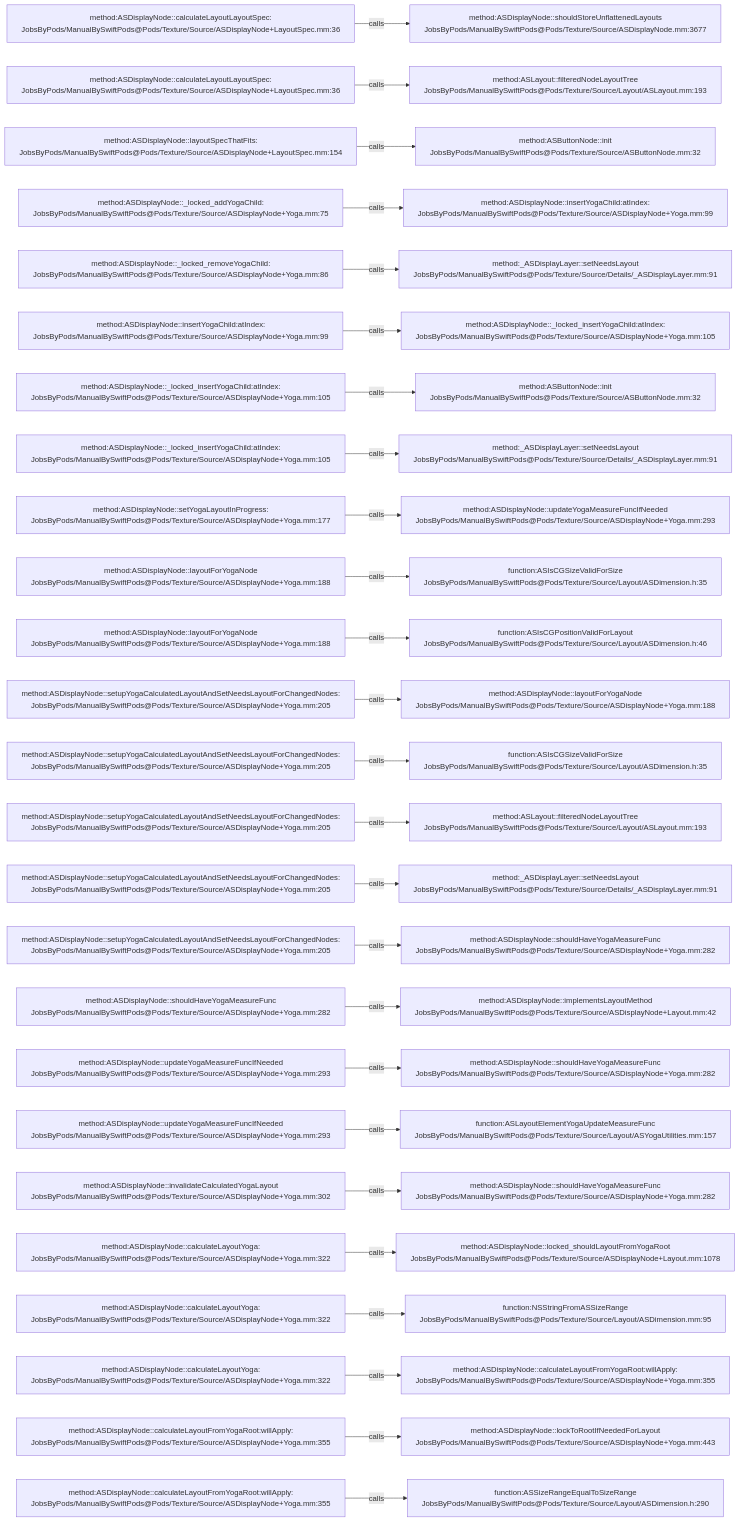
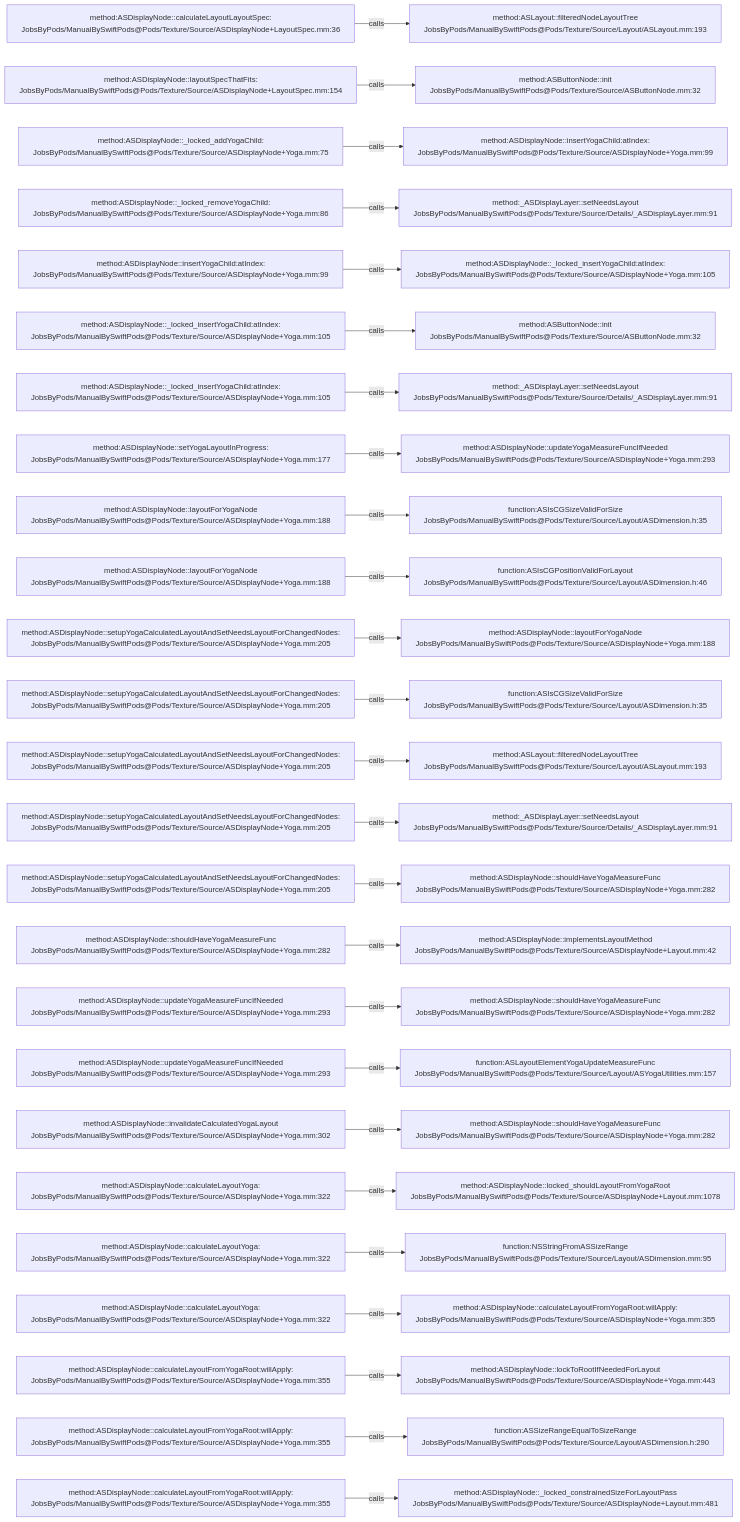
One commit to JobsKits/JobsSwiftBaseConfigDemo changed the diagram in .codegraph/codegraph.md/graphs/calls-025.md. Above: the diagram before and after it, drawn with Mermaid. The commit also changed 747 other files, not shown here.

````diff
--- a/.codegraph/codegraph.md/graphs/calls-025.md
+++ b/.codegraph/codegraph.md/graphs/calls-025.md
@@ -13,78 +13,78 @@
 ```mermaid
 flowchart LR
   S1["method:ASDisplayNode::calculateLayoutLayoutSpec:<br/>JobsByPods/ManualBySwiftPods@Pods/Texture/Source/ASDisplayNode+LayoutSpec.mm:36"]
-  T1["method:ASDisplayNode::shouldStoreUnflattenedLayouts<br/>JobsByPods/ManualBySwiftPods@Pods/Texture/Source/ASDisplayNode.mm:3677"]
+  T1["method:ASLayout::filteredNodeLayoutTree<br/>JobsByPods/ManualBySwiftPods@Pods/Texture/Source/Layout/ASLayout.mm:193"]
   S1 -->|calls| T1
-  S2["method:ASDisplayNode::calculateLayoutLayoutSpec:<br/>JobsByPods/ManualBySwiftPods@Pods/Texture/Source/ASDisplayNode+LayoutSpec.mm:36"]
-  T2["method:ASLayout::filteredNodeLayoutTree<br/>JobsByPods/ManualBySwiftPods@Pods/Texture/Source/Layout/ASLayout.mm:193"]
+  S2["method:ASDisplayNode::layoutSpecThatFits:<br/>JobsByPods/ManualBySwiftPods@Pods/Texture/Source/ASDisplayNode+LayoutSpec.mm:154"]
+  T2["method:ASButtonNode::init<br/>JobsByPods/ManualBySwiftPods@Pods/Texture/Source/ASButtonNode.mm:32"]
   S2 -->|calls| T2
-  S3["method:ASDisplayNode::layoutSpecThatFits:<br/>JobsByPods/ManualBySwiftPods@Pods/Texture/Source/ASDisplayNode+LayoutSpec.mm:154"]
-  T3["method:ASButtonNode::init<br/>JobsByPods/ManualBySwiftPods@Pods/Texture/Source/ASButtonNode.mm:32"]
+  S3["method:ASDisplayNode::_locked_addYogaChild:<br/>JobsByPods/ManualBySwiftPods@Pods/Texture/Source/ASDisplayNode+Yoga.mm:75"]
+  T3["method:ASDisplayNode::insertYogaChild:atIndex:<br/>JobsByPods/ManualBySwiftPods@Pods/Texture/Source/ASDisplayNode+Yoga.mm:99"]
   S3 -->|calls| T3
-  S4["method:ASDisplayNode::_locked_addYogaChild:<br/>JobsByPods/ManualBySwiftPods@Pods/Texture/Source/ASDisplayNode+Yoga.mm:75"]
-  T4["method:ASDisplayNode::insertYogaChild:atIndex:<br/>JobsByPods/ManualBySwiftPods@Pods/Texture/Source/ASDisplayNode+Yoga.mm:99"]
+  S4["method:ASDisplayNode::_locked_removeYogaChild:<br/>JobsByPods/ManualBySwiftPods@Pods/Texture/Source/ASDisplayNode+Yoga.mm:86"]
+  T4["method:_ASDisplayLayer::setNeedsLayout<br/>JobsByPods/ManualBySwiftPods@Pods/Texture/Source/Details/_ASDisplayLayer.mm:91"]
   S4 -->|calls| T4
-  S5["method:ASDisplayNode::_locked_removeYogaChild:<br/>JobsByPods/ManualBySwiftPods@Pods/Texture/Source/ASDisplayNode+Yoga.mm:86"]
-  T5["method:_ASDisplayLayer::setNeedsLayout<br/>JobsByPods/ManualBySwiftPods@Pods/Texture/Source/Details/_ASDisplayLayer.mm:91"]
+  S5["method:ASDisplayNode::insertYogaChild:atIndex:<br/>JobsByPods/ManualBySwiftPods@Pods/Texture/Source/ASDisplayNode+Yoga.mm:99"]
+  T5["method:ASDisplayNode::_locked_insertYogaChild:atIndex:<br/>JobsByPods/ManualBySwiftPods@Pods/Texture/Source/ASDisplayNode+Yoga.mm:105"]
   S5 -->|calls| T5
-  S6["method:ASDisplayNode::insertYogaChild:atIndex:<br/>JobsByPods/ManualBySwiftPods@Pods/Texture/Source/ASDisplayNode+Yoga.mm:99"]
-  T6["method:ASDisplayNode::_locked_insertYogaChild:atIndex:<br/>JobsByPods/ManualBySwiftPods@Pods/Texture/Source/ASDisplayNode+Yoga.mm:105"]
+  S6["method:ASDisplayNode::_locked_insertYogaChild:atIndex:<br/>JobsByPods/ManualBySwiftPods@Pods/Texture/Source/ASDisplayNode+Yoga.mm:105"]
+  T6["method:ASButtonNode::init<br/>JobsByPods/ManualBySwiftPods@Pods/Texture/Source/ASButtonNode.mm:32"]
   S6 -->|calls| T6
   S7["method:ASDisplayNode::_locked_insertYogaChild:atIndex:<br/>JobsByPods/ManualBySwiftPods@Pods/Texture/Source/ASDisplayNode+Yoga.mm:105"]
-  T7["method:ASButtonNode::init<br/>JobsByPods/ManualBySwiftPods@Pods/Texture/Source/ASButtonNode.mm:32"]
+  T7["method:_ASDisplayLayer::setNeedsLayout<br/>JobsByPods/ManualBySwiftPods@Pods/Texture/Source/Details/_ASDisplayLayer.mm:91"]
   S7 -->|calls| T7
-  S8["method:ASDisplayNode::_locked_insertYogaChild:atIndex:<br/>JobsByPods/ManualBySwiftPods@Pods/Texture/Source/ASDisplayNode+Yoga.mm:105"]
-  T8["method:_ASDisplayLayer::setNeedsLayout<br/>JobsByPods/ManualBySwiftPods@Pods/Texture/Source/Details/_ASDisplayLayer.mm:91"]
+  S8["method:ASDisplayNode::setYogaLayoutInProgress:<br/>JobsByPods/ManualBySwiftPods@Pods/Texture/Source/ASDisplayNode+Yoga.mm:177"]
+  T8["method:ASDisplayNode::updateYogaMeasureFuncIfNeeded<br/>JobsByPods/ManualBySwiftPods@Pods/Texture/Source/ASDisplayNode+Yoga.mm:293"]
   S8 -->|calls| T8
-  S9["method:ASDisplayNode::setYogaLayoutInProgress:<br/>JobsByPods/ManualBySwiftPods@Pods/Texture/Source/ASDisplayNode+Yoga.mm:177"]
-  T9["method:ASDisplayNode::updateYogaMeasureFuncIfNeeded<br/>JobsByPods/ManualBySwiftPods@Pods/Texture/Source/ASDisplayNode+Yoga.mm:293"]
+  S9["method:ASDisplayNode::layoutForYogaNode<br/>JobsByPods/ManualBySwiftPods@Pods/Texture/Source/ASDisplayNode+Yoga.mm:188"]
+  T9["function:ASIsCGSizeValidForSize<br/>JobsByPods/ManualBySwiftPods@Pods/Texture/Source/Layout/ASDimension.h:35"]
   S9 -->|calls| T9
   S10["method:ASDisplayNode::layoutForYogaNode<br/>JobsByPods/ManualBySwiftPods@Pods/Texture/Source/ASDisplayNode+Yoga.mm:188"]
-  T10["function:ASIsCGSizeValidForSize<br/>JobsByPods/ManualBySwiftPods@Pods/Texture/Source/Layout/ASDimension.h:35"]
+  T10["function:ASIsCGPositionValidForLayout<br/>JobsByPods/ManualBySwiftPods@Pods/Texture/Source/Layout/ASDimension.h:46"]
   S10 -->|calls| T10
-  S11["method:ASDisplayNode::layoutForYogaNode<br/>JobsByPods/ManualBySwiftPods@Pods/Texture/Source/ASDisplayNode+Yoga.mm:188"]
-  T11["function:ASIsCGPositionValidForLayout<br/>JobsByPods/ManualBySwiftPods@Pods/Texture/Source/Layout/ASDimension.h:46"]
+  S11["method:ASDisplayNode::setupYogaCalculatedLayoutAndSetNeedsLayoutForChangedNodes:<br/>JobsByPods/ManualBySwiftPods@Pods/Texture/Source/ASDisplayNode+Yoga.mm:205"]
+  T11["method:ASDisplayNode::layoutForYogaNode<br/>JobsByPods/ManualBySwiftPods@Pods/Texture/Source/ASDisplayNode+Yoga.mm:188"]
   S11 -->|calls| T11
   S12["method:ASDisplayNode::setupYogaCalculatedLayoutAndSetNeedsLayoutForChangedNodes:<br/>JobsByPods/ManualBySwiftPods@Pods/Texture/Source/ASDisplayNode+Yoga.mm:205"]
-  T12["method:ASDisplayNode::layoutForYogaNode<br/>JobsByPods/ManualBySwiftPods@Pods/Texture/Source/ASDisplayNode+Yoga.mm:188"]
+  T12["function:ASIsCGSizeValidForSize<br/>JobsByPods/ManualBySwiftPods@Pods/Texture/Source/Layout/ASDimension.h:35"]
   S12 -->|calls| T12
   S13["method:ASDisplayNode::setupYogaCalculatedLayoutAndSetNeedsLayoutForChangedNodes:<br/>JobsByPods/ManualBySwiftPods@Pods/Texture/Source/ASDisplayNode+Yoga.mm:205"]
-  T13["function:ASIsCGSizeValidForSize<br/>JobsByPods/ManualBySwiftPods@Pods/Texture/Source/Layout/ASDimension.h:35"]
+  T13["method:ASLayout::filteredNodeLayoutTree<br/>JobsByPods/ManualBySwiftPods@Pods/Texture/Source/Layout/ASLayout.mm:193"]
   S13 -->|calls| T13
   S14["method:ASDisplayNode::setupYogaCalculatedLayoutAndSetNeedsLayoutForChangedNodes:<br/>JobsByPods/ManualBySwiftPods@Pods/Texture/Source/ASDisplayNode+Yoga.mm:205"]
-  T14["method:ASLayout::filteredNodeLayoutTree<br/>JobsByPods/ManualBySwiftPods@Pods/Texture/Source/Layout/ASLayout.mm:193"]
+  T14["method:_ASDisplayLayer::setNeedsLayout<br/>JobsByPods/ManualBySwiftPods@Pods/Texture/Source/Details/_ASDisplayLayer.mm:91"]
   S14 -->|calls| T14
   S15["method:ASDisplayNode::setupYogaCalculatedLayoutAndSetNeedsLayoutForChangedNodes:<br/>JobsByPods/ManualBySwiftPods@Pods/Texture/Source/ASDisplayNode+Yoga.mm:205"]
-  T15["method:_ASDisplayLayer::setNeedsLayout<br/>JobsByPods/ManualBySwiftPods@Pods/Texture/Source/Details/_ASDisplayLayer.mm:91"]
+  T15["method:ASDisplayNode::shouldHaveYogaMeasureFunc<br/>JobsByPods/ManualBySwiftPods@Pods/Texture/Source/ASDisplayNode+Yoga.mm:282"]
   S15 -->|calls| T15
-  S16["method:ASDisplayNode::setupYogaCalculatedLayoutAndSetNeedsLayoutForChangedNodes:<br/>JobsByPods/ManualBySwiftPods@Pods/Texture/Source/ASDisplayNode+Yoga.mm:205"]
-  T16["method:ASDisplayNode::shouldHaveYogaMeasureFunc<br/>JobsByPods/ManualBySwiftPods@Pods/Texture/Source/ASDisplayNode+Yoga.mm:282"]
+  S16["method:ASDisplayNode::shouldHaveYogaMeasureFunc<br/>JobsByPods/ManualBySwiftPods@Pods/Texture/Source/ASDisplayNode+Yoga.mm:282"]
+  T16["method:ASDisplayNode::implementsLayoutMethod<br/>JobsByPods/ManualBySwiftPods@Pods/Texture/Source/ASDisplayNode+Layout.mm:42"]
   S16 -->|calls| T16
-  S17["method:ASDisplayNode::shouldHaveYogaMeasureFunc<br/>JobsByPods/ManualBySwiftPods@Pods/Texture/Source/ASDisplayNode+Yoga.mm:282"]
-  T17["method:ASDisplayNode::implementsLayoutMethod<br/>JobsByPods/ManualBySwiftPods@Pods/Texture/Source/ASDisplayNode+Layout.mm:42"]
+  S17["method:ASDisplayNode::updateYogaMeasureFuncIfNeeded<br/>JobsByPods/ManualBySwiftPods@Pods/Texture/Source/ASDisplayNode+Yoga.mm:293"]
+  T17["method:ASDisplayNode::shouldHaveYogaMeasureFunc<br/>JobsByPods/ManualBySwiftPods@Pods/Texture/Source/ASDisplayNode+Yoga.mm:282"]
   S17 -->|calls| T17
   S18["method:ASDisplayNode::updateYogaMeasureFuncIfNeeded<br/>JobsByPods/ManualBySwiftPods@Pods/Texture/Source/ASDisplayNode+Yoga.mm:293"]
-  T18["method:ASDisplayNode::shouldHaveYogaMeasureFunc<br/>JobsByPods/ManualBySwiftPods@Pods/Texture/Source/ASDisplayNode+Yoga.mm:282"]
+  T18["function:ASLayoutElementYogaUpdateMeasureFunc<br/>JobsByPods/ManualBySwiftPods@Pods/Texture/Source/Layout/ASYogaUtilities.mm:157"]
   S18 -->|calls| T18
-  S19["method:ASDisplayNode::updateYogaMeasureFuncIfNeeded<br/>JobsByPods/ManualBySwiftPods@Pods/Texture/Source/ASDisplayNode+Yoga.mm:293"]
-  T19["function:ASLayoutElementYogaUpdateMeasureFunc<br/>JobsByPods/ManualBySwiftPods@Pods/Texture/Source/Layout/ASYogaUtilities.mm:157"]
+  S19["method:ASDisplayNode::invalidateCalculatedYogaLayout<br/>JobsByPods/ManualBySwiftPods@Pods/Texture/Source/ASDisplayNode+Yoga.mm:302"]
+  T19["method:ASDisplayNode::shouldHaveYogaMeasureFunc<br/>JobsByPods/ManualBySwiftPods@Pods/Texture/Source/ASDisplayNode+Yoga.mm:282"]
   S19 -->|calls| T19
-  S20["method:ASDisplayNode::invalidateCalculatedYogaLayout<br/>JobsByPods/ManualBySwiftPods@Pods/Texture/Source/ASDisplayNode+Yoga.mm:302"]
-  T20["method:ASDisplayNode::shouldHaveYogaMeasureFunc<br/>JobsByPods/ManualBySwiftPods@Pods/Texture/Source/ASDisplayNode+Yoga.mm:282"]
+  S20["method:ASDisplayNode::calculateLayoutYoga:<br/>JobsByPods/ManualBySwiftPods@Pods/Texture/Source/ASDisplayNode+Yoga.mm:322"]
+  T20["method:ASDisplayNode::locked_shouldLayoutFromYogaRoot<br/>JobsByPods/ManualBySwiftPods@Pods/Texture/Source/ASDisplayNode+Layout.mm:1078"]
   S20 -->|calls| T20
   S21["method:ASDisplayNode::calculateLayoutYoga:<br/>JobsByPods/ManualBySwiftPods@Pods/Texture/Source/ASDisplayNode+Yoga.mm:322"]
-  T21["method:ASDisplayNode::locked_shouldLayoutFromYogaRoot<br/>JobsByPods/ManualBySwiftPods@Pods/Texture/Source/ASDisplayNode+Layout.mm:1078"]
+  T21["function:NSStringFromASSizeRange<br/>JobsByPods/ManualBySwiftPods@Pods/Texture/Source/Layout/ASDimension.mm:95"]
   S21 -->|calls| T21
   S22["method:ASDisplayNode::calculateLayoutYoga:<br/>JobsByPods/ManualBySwiftPods@Pods/Texture/Source/ASDisplayNode+Yoga.mm:322"]
-  T22["function:NSStringFromASSizeRange<br/>JobsByPods/ManualBySwiftPods@Pods/Texture/Source/Layout/ASDimension.mm:95"]
+  T22["method:ASDisplayNode::calculateLayoutFromYogaRoot:willApply:<br/>JobsByPods/ManualBySwiftPods@Pods/Texture/Source/ASDisplayNode+Yoga.mm:355"]
   S22 -->|calls| T22
-  S23["method:ASDisplayNode::calculateLayoutYoga:<br/>JobsByPods/ManualBySwiftPods@Pods/Texture/Source/ASDisplayNode+Yoga.mm:322"]
-  T23["method:ASDisplayNode::calculateLayoutFromYogaRoot:willApply:<br/>JobsByPods/ManualBySwiftPods@Pods/Texture/Source/ASDisplayNode+Yoga.mm:355"]
+  S23["method:ASDisplayNode::calculateLayoutFromYogaRoot:willApply:<br/>JobsByPods/ManualBySwiftPods@Pods/Texture/Source/ASDisplayNode+Yoga.mm:355"]
+  T23["method:ASDisplayNode::lockToRootIfNeededForLayout<br/>JobsByPods/ManualBySwiftPods@Pods/Texture/Source/ASDisplayNode+Yoga.mm:443"]
   S23 -->|calls| T23
   S24["method:ASDisplayNode::calculateLayoutFromYogaRoot:willApply:<br/>JobsByPods/ManualBySwiftPods@Pods/Texture/Source/ASDisplayNode+Yoga.mm:355"]
-  T24["method:ASDisplayNode::lockToRootIfNeededForLayout<br/>JobsByPods/ManualBySwiftPods@Pods/Texture/Source/ASDisplayNode+Yoga.mm:443"]
+  T24["function:ASSizeRangeEqualToSizeRange<br/>JobsByPods/ManualBySwiftPods@Pods/Texture/Source/Layout/ASDimension.h:290"]
   S24 -->|calls| T24
   S25["method:ASDisplayNode::calculateLayoutFromYogaRoot:willApply:<br/>JobsByPods/ManualBySwiftPods@Pods/Texture/Source/ASDisplayNode+Yoga.mm:355"]
-  T25["function:ASSizeRangeEqualToSizeRange<br/>JobsByPods/ManualBySwiftPods@Pods/Texture/Source/Layout/ASDimension.h:290"]
+  T25["method:ASDisplayNode::_locked_constrainedSizeForLayoutPass<br/>JobsByPods/ManualBySwiftPods@Pods/Texture/Source/ASDisplayNode+Layout.mm:481"]
   S25 -->|calls| T25
 ```
````
